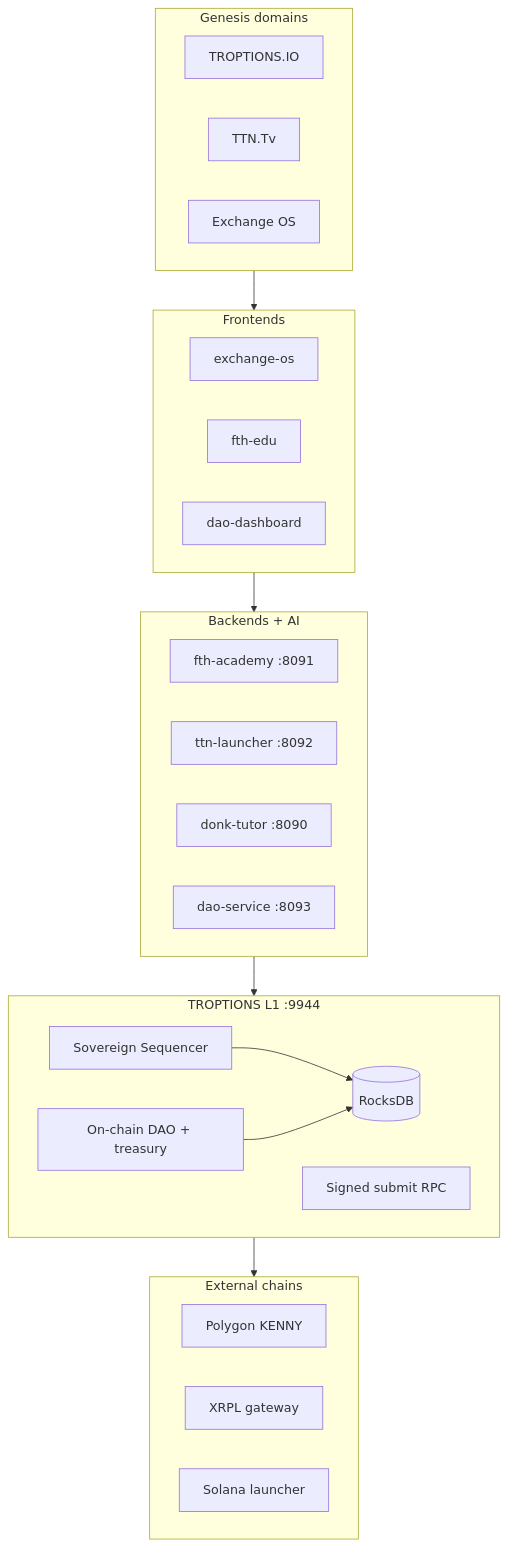
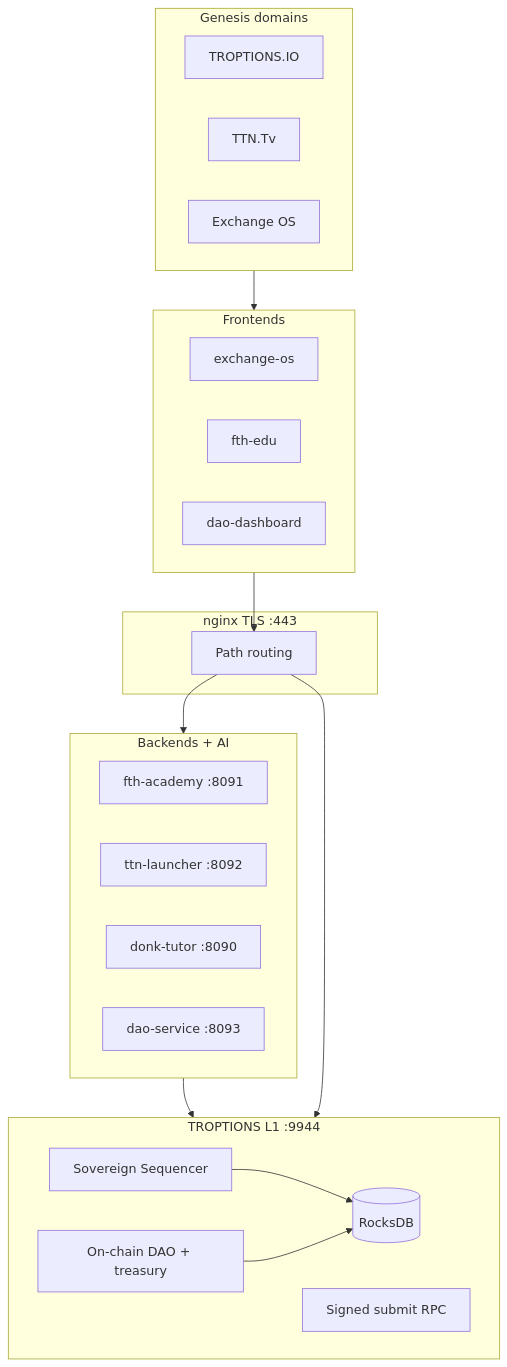
One commit to FTHTrading/Troptions-full-pack changed the diagram in docs/index.md. Above: the diagram before and after it, drawn with Mermaid. The commit also changed other lines of this file and 36 other files, not shown here.

````diff
--- a/docs/index.md
+++ b/docs/index.md
@@ -15,33 +25,32 @@
 ```mermaid
 flowchart TB
   subgraph domains["Genesis domains"]
     D1[TROPTIONS.IO]
     D2[TTN.Tv]
     D3[Exchange OS]
   end
   subgraph fe["Frontends"]
     EX[exchange-os]
     EDU[fth-edu]
     DAO_UI[dao-dashboard]
   end
   subgraph be["Backends + AI"]
     FTH[fth-academy :8091]
     TTN[ttn-launcher :8092]
     DONK[donk-tutor :8090]
     DAO[dao-service :8093]
   end
+  subgraph edge["nginx TLS :443"]
+    NGX[Path routing]
+  end
   subgraph l1["TROPTIONS L1 :9944"]
     SEQ[Sovereign Sequencer]
     RDB[(RocksDB)]
     GOV[On-chain DAO + treasury]
     SIG[Signed submit RPC]
   end
-  subgraph chains["External chains"]
-    POL[Polygon KENNY]
-    XRPL[XRPL gateway]
-    SOL[Solana launcher]
-  end
-  domains --> fe --> be --> l1 --> chains
+  domains --> fe --> NGX --> be --> l1
+  NGX --> l1
   SEQ --> RDB
   GOV --> RDB
 ```
````
